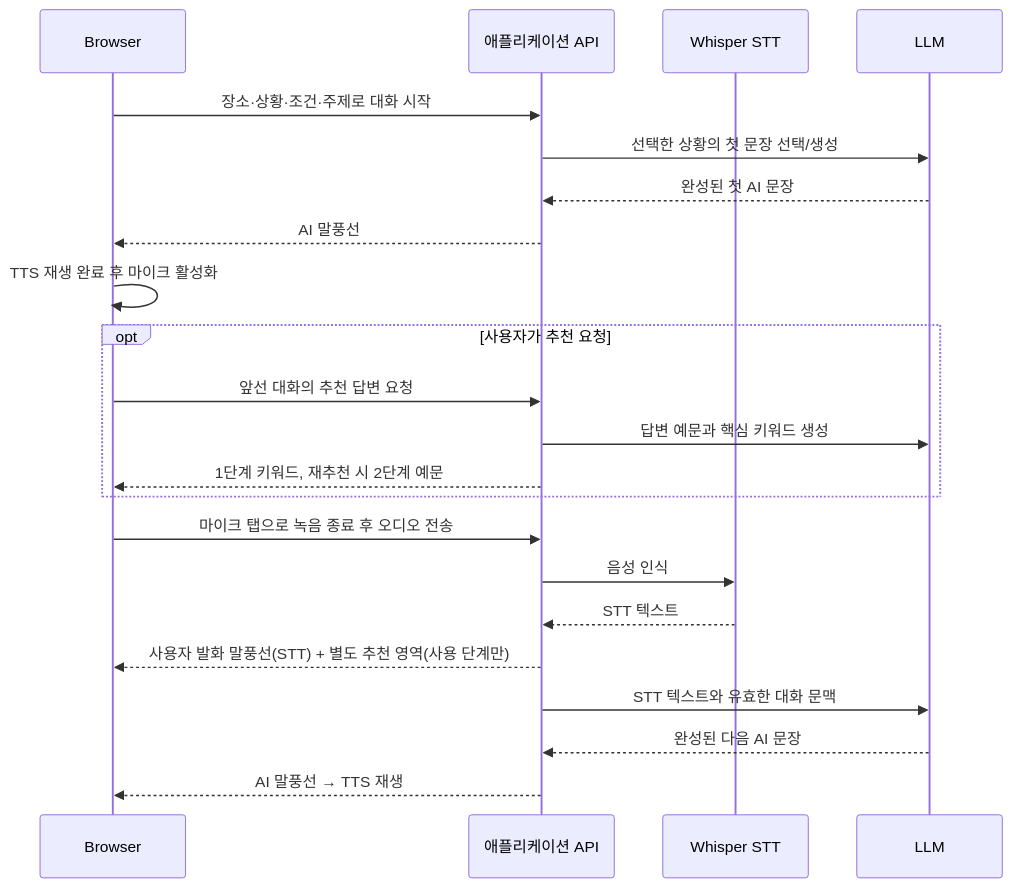
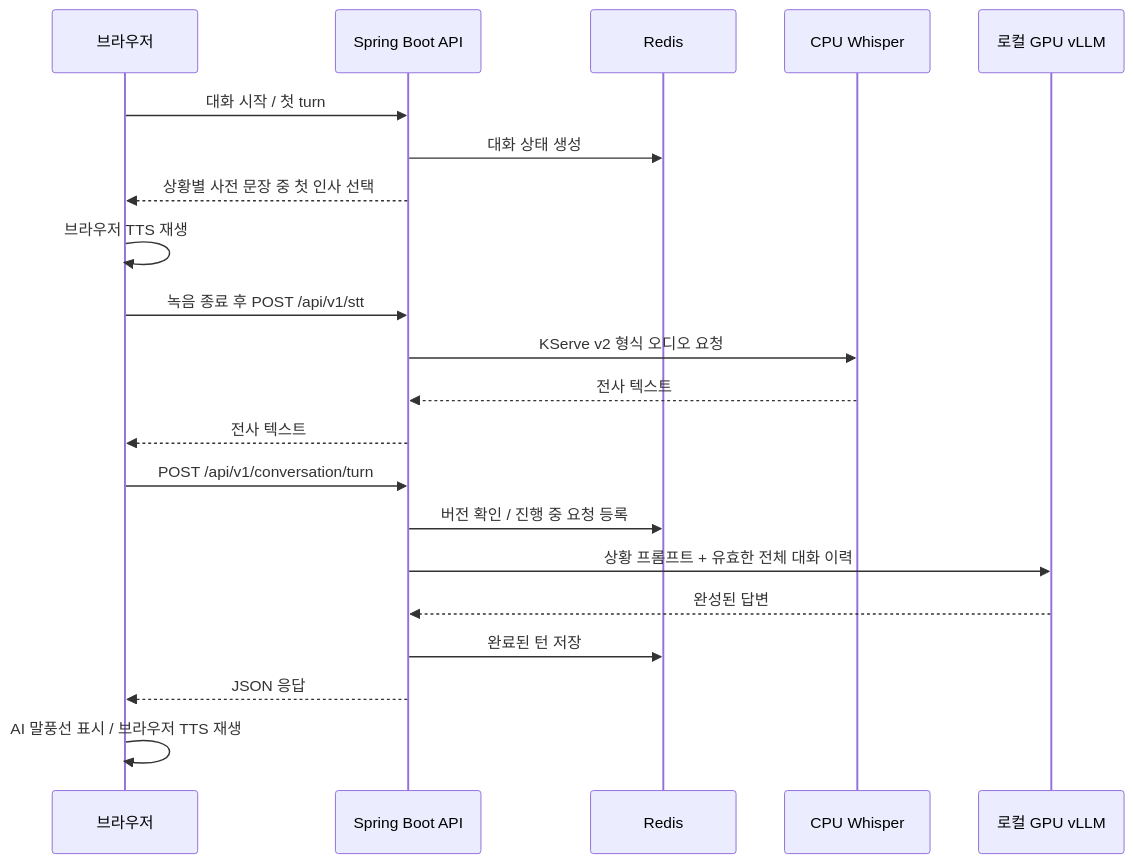
The first of 3 diagrams in english-speaking-prd-architecture-v1.md (say-scene/ss-docs), drawn with Mermaid before and after one commit. The commit also changed other lines of this file and 2 other files, not shown here.

Commit message:
docs: refresh product architecture and repository guides

````diff
--- a/english-speaking-prd-architecture-v1.md
+++ b/english-speaking-prd-architecture-v1.md
@@ -42,24 +12,23 @@
 ```mermaid
 sequenceDiagram
-  participant U as Browser
-  participant B as 애플리케이션 API
-  participant S as Whisper STT
-  participant L as LLM
-  U->>B: 장소·상황·조건·주제로 대화 시작
-  B->>L: 선택한 상황의 첫 문장 선택/생성
-  L-->>B: 완성된 첫 AI 문장
-  B-->>U: AI 말풍선
-  U->>U: TTS 재생 완료 후 마이크 활성화
-  opt 사용자가 추천 요청
-    U->>B: 앞선 대화의 추천 답변 요청
-    B->>L: 답변 예문과 핵심 키워드 생성
-    B-->>U: 1단계 키워드, 재추천 시 2단계 예문
-  end
-  U->>B: 마이크 탭으로 녹음 종료 후 오디오 전송
-  B->>S: 음성 인식
-  S-->>B: STT 텍스트
-  B-->>U: 사용자 발화 말풍선(STT) + 별도 추천 영역(사용 단계만)
-  B->>L: STT 텍스트와 유효한 대화 문맥
-  L-->>B: 완성된 다음 AI 문장
-  B-->>U: AI 말풍선 → TTS 재생
+    participant U as 브라우저
+    participant B as Spring Boot API
+    participant R as Redis
+    participant S as CPU Whisper
+    participant L as 로컬 GPU vLLM
+    U->>B: 대화 시작 / 첫 turn
+    B->>R: 대화 상태 생성
+    B-->>U: 상황별 사전 문장 중 첫 인사 선택
+    U->>U: 브라우저 TTS 재생
+    U->>B: 녹음 종료 후 POST /api/v1/stt
+    B->>S: KServe v2 형식 오디오 요청
+    S-->>B: 전사 텍스트
+    B-->>U: 전사 텍스트
+    U->>B: POST /api/v1/conversation/turn
+    B->>R: 버전 확인 / 진행 중 요청 등록
+    B->>L: 상황 프롬프트 + 유효한 전체 대화 이력
+    L-->>B: 완성된 답변
+    B->>R: 완료된 턴 저장
+    B-->>U: JSON 응답
+    U->>U: AI 말풍선 표시 / 브라우저 TTS 재생
 ```
````
